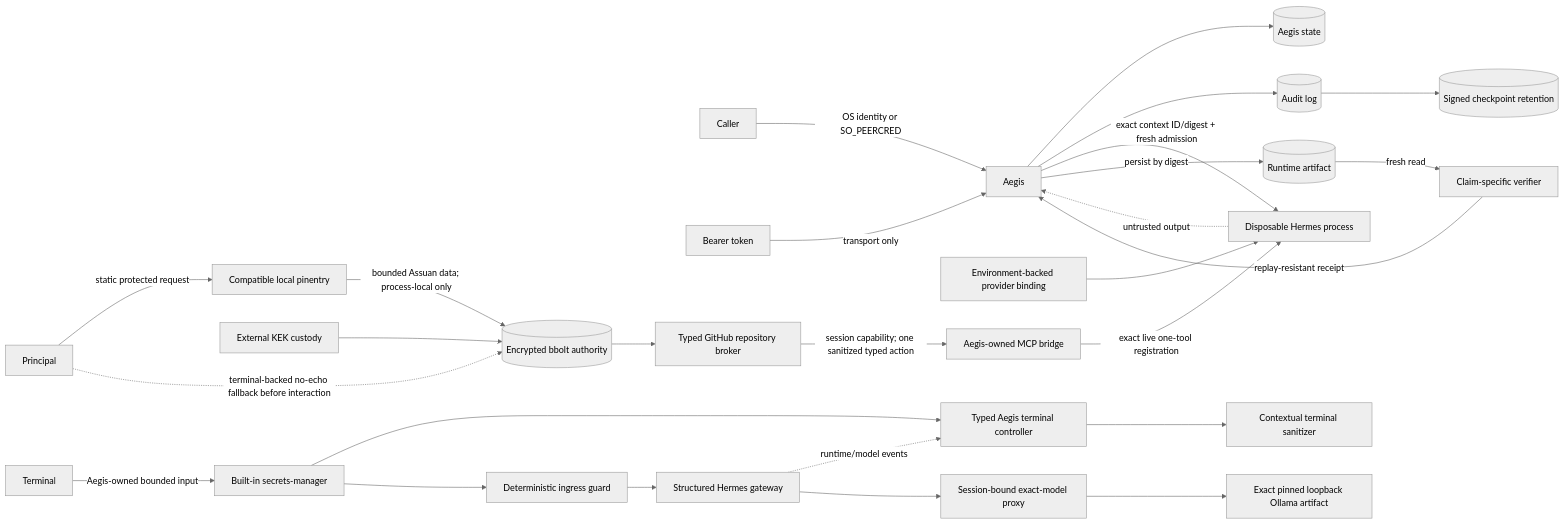
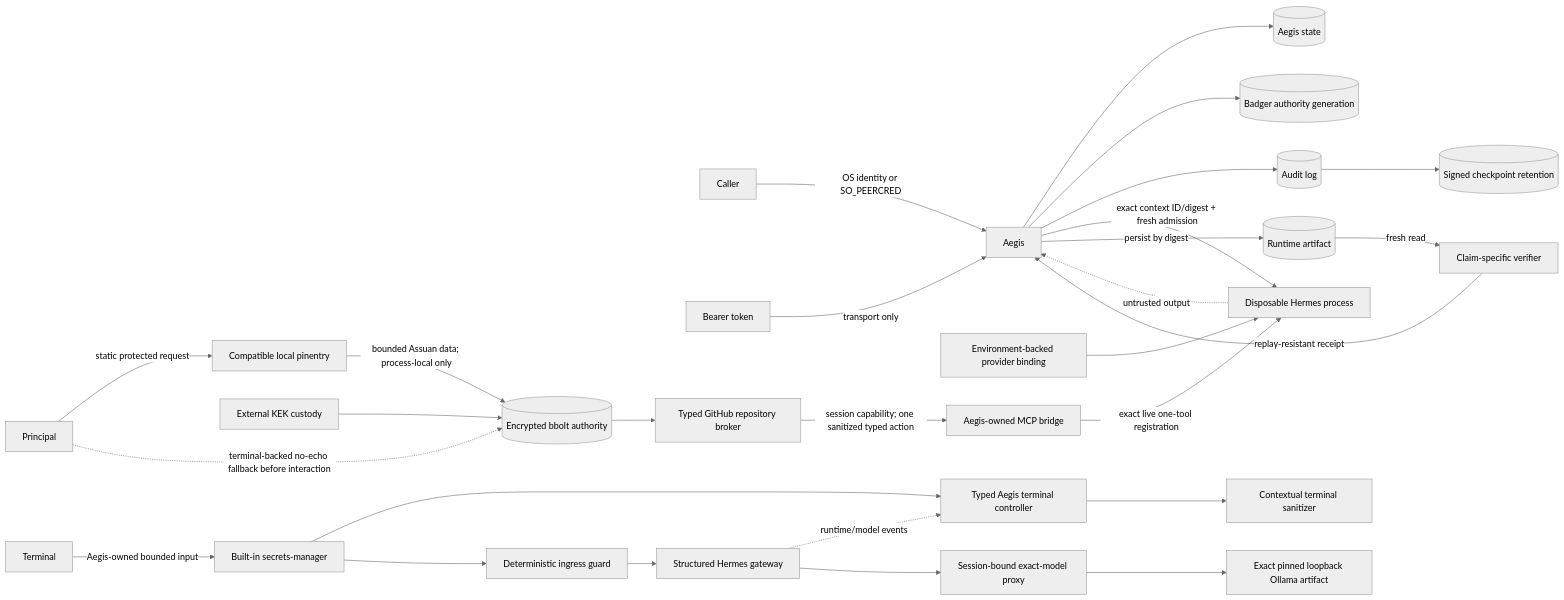
The diagram in docs/THREAT_MODEL.md (berryhill/aegis), drawn with Mermaid (neutral theme) before and after one commit. The commit also changed other lines of this file and 20 other files, not shown here.

Commit message:
feat(authority): add generation-managed Badger lifecycle

````diff
--- a/docs/THREAT_MODEL.md
+++ b/docs/THREAT_MODEL.md
@@ -17,29 +17,30 @@
 ```mermaid
 flowchart LR
   Caller -->|OS identity or SO_PEERCRED| Aegis
   Token[Bearer token] -->|transport only| Aegis
   Aegis --> Store[(Aegis state)]
+  Aegis --> AuthorityState[(Badger authority generation)]
   Env[Environment-backed provider binding] --> Hermes[Disposable Hermes process]
   Principal -->|static protected request| Pinentry[Compatible local pinentry]
   Pinentry -->|bounded Assuan data; process-local only| Authority[(Encrypted bbolt authority)]
   Principal -. terminal-backed no-echo fallback before interaction .-> Authority
   KEK[External KEK custody] --> Authority
   Authority --> Broker[Typed GitHub repository broker]
   Broker -->|session capability; one sanitized typed action| Bridge[Aegis-owned MCP bridge]
   Bridge -->|exact live one-tool registration| Hermes
   Aegis --> Audit[(Audit log)]
   Audit --> Checkpoint[(Signed checkpoint retention)]
   Hermes -. untrusted output .-> Aegis
   Aegis -->|exact context ID/digest + fresh admission| Hermes
   Aegis -->|persist by digest| Artifact[(Runtime artifact)]
   Artifact -->|fresh read| Verifier[Claim-specific verifier]
   Verifier -->|replay-resistant receipt| Aegis
   Terminal -->|Aegis-owned bounded input| Manager[Built-in secrets-manager]
   Manager --> TUI[Typed Aegis terminal controller]
   Gateway -. runtime/model events .-> TUI
   TUI --> Sanitizer[Contextual terminal sanitizer]
   Manager --> Guard[Deterministic ingress guard]
   Guard --> Gateway[Structured Hermes gateway]
   Gateway --> Proxy[Session-bound exact-model proxy]
   Proxy --> Ollama[Exact pinned loopback Ollama artifact]
 ```
````
